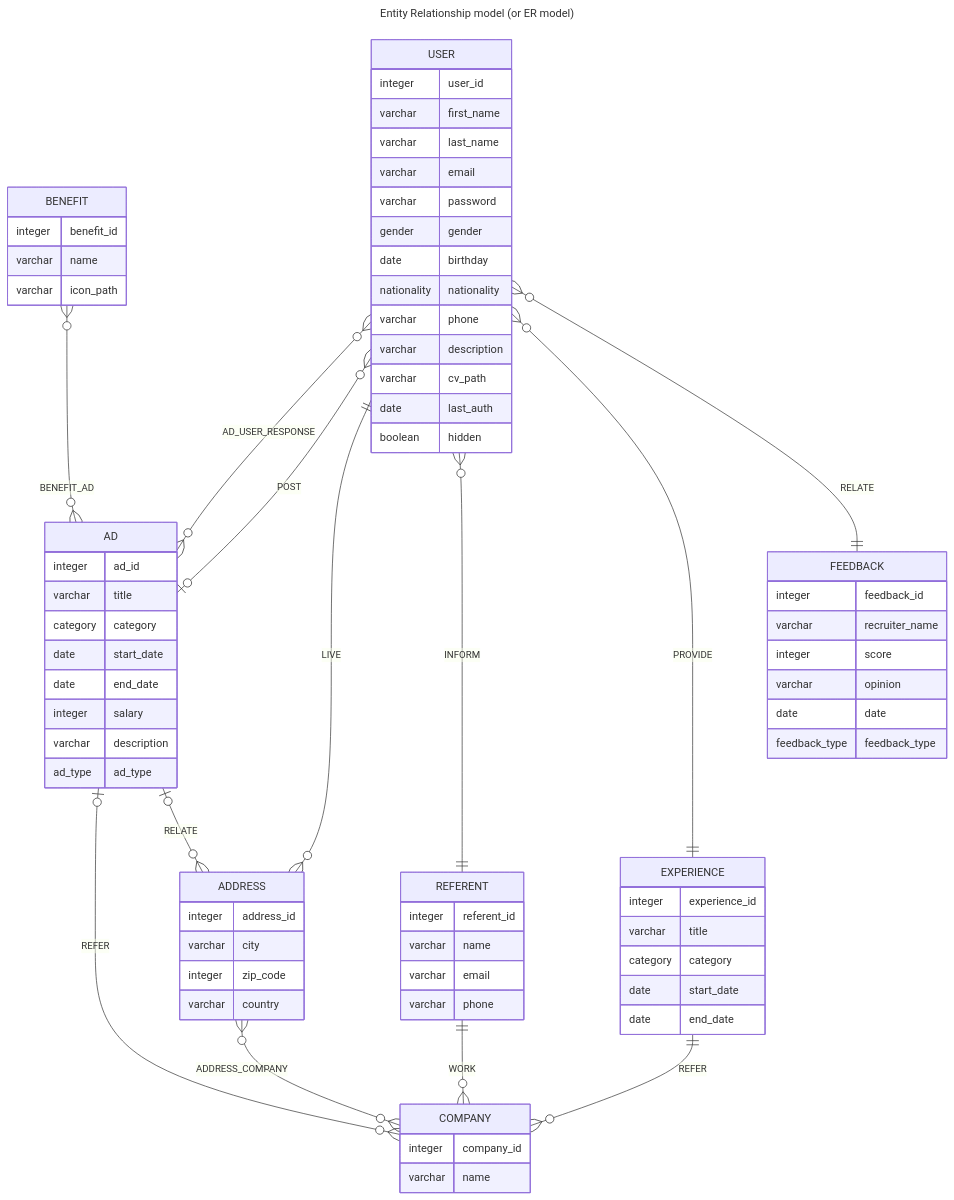
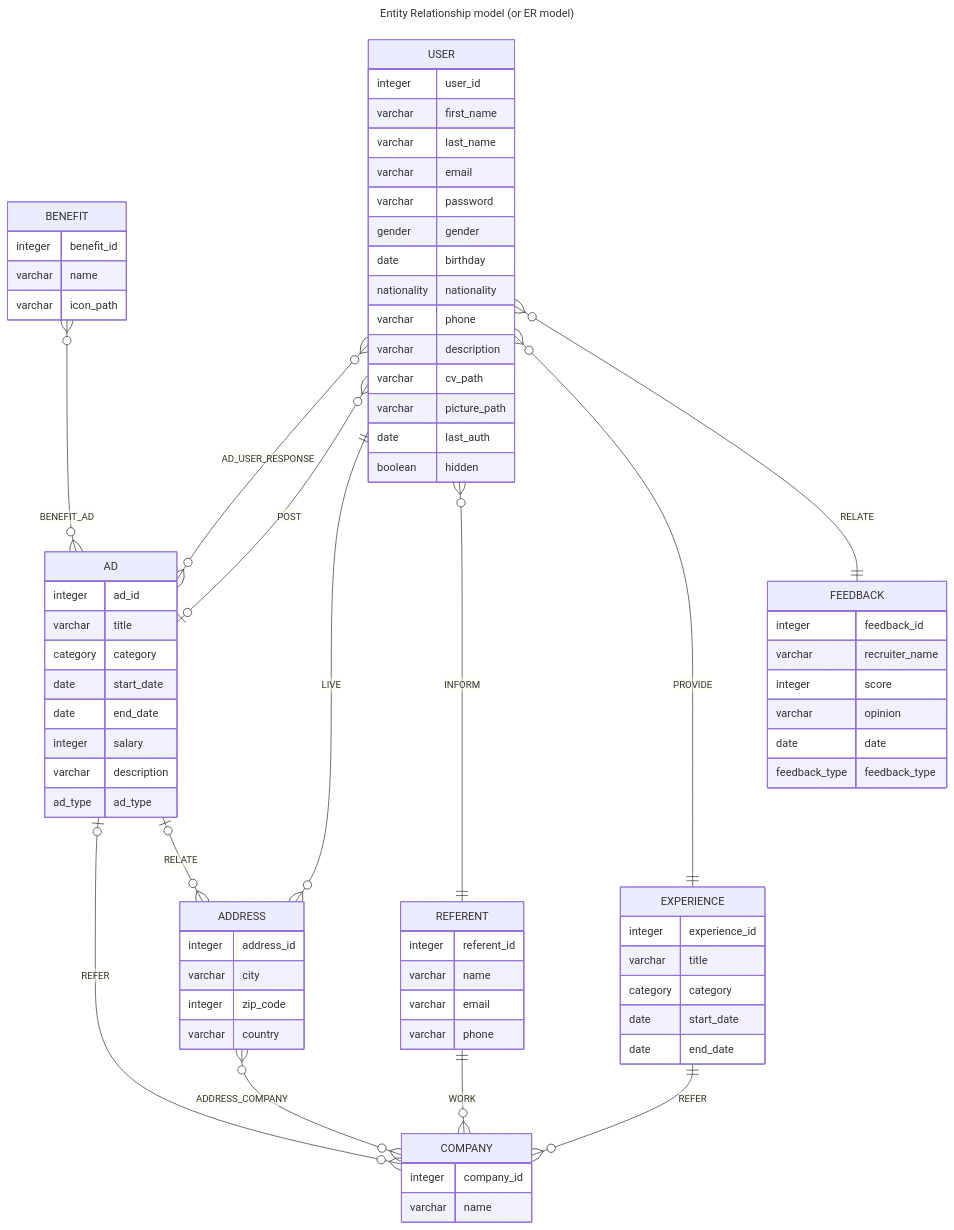
Before and after one commit to sylvain-pierrot/seasonal-workers: the diagram in Documentation/RDBMS.md, drawn with Mermaid.

Commit message:
Update RDBMS.md (#33)

````diff
--- a/Documentation/RDBMS.md
+++ b/Documentation/RDBMS.md
@@ -28,79 +28,80 @@
 ```mermaid
 ---
 title: Entity Relationship model (or ER model)
 ---
 erDiagram
     BENEFIT {
         integer benefit_id
         varchar name
         varchar icon_path
     }
     AD {
         integer ad_id
         varchar title
         category category
         date start_date
         date end_date
         integer salary
         varchar description
         ad_type ad_type
     }
     COMPANY {
         integer company_id
         varchar name
     }
     EXPERIENCE {
         integer experience_id
         varchar title
         category category
         date start_date
         date end_date
     }
     USER {
         integer user_id
         varchar first_name
         varchar last_name
         varchar email
         varchar password
         gender gender
         date birthday
         nationality nationality
         varchar phone
         varchar description
         varchar cv_path
+        varchar picture_path
         date last_auth
         boolean hidden
     }
     ADDRESS {
         integer address_id
         varchar city
         integer zip_code
         varchar country
     }
     REFERENT {
         integer referent_id
         varchar name
         varchar email
         varchar phone
     }
     FEEDBACK {
         integer feedback_id
         varchar recruiter_name
         integer score
         varchar opinion
         date date
         feedback_type feedback_type
     }
     BENEFIT o{--}o AD : "BENEFIT_AD"
     AD o|--}o COMPANY : "REFER"
     AD o|--}o ADDRESS : "RELATE"
     USER o{--}o AD : "AD_USER_RESPONSE"
     EXPERIENCE ||--}o COMPANY : "REFER"
     USER o{--o| AD : "POST"
     USER ||--}o ADDRESS : "LIVE"
     USER o{--|| REFERENT : "INFORM"
     USER o{--|| EXPERIENCE : "PROVIDE"
     USER o{--|| FEEDBACK : "RELATE"
     ADDRESS o{--}o COMPANY : "ADDRESS_COMPANY"
     REFERENT ||--}o COMPANY : "WORK"
 ```
````
